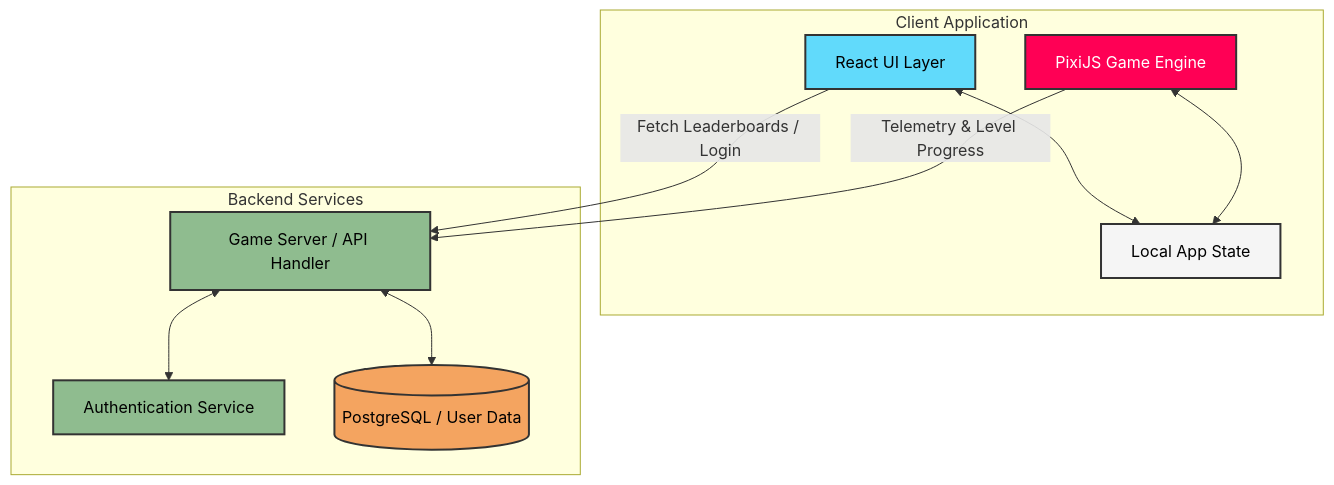
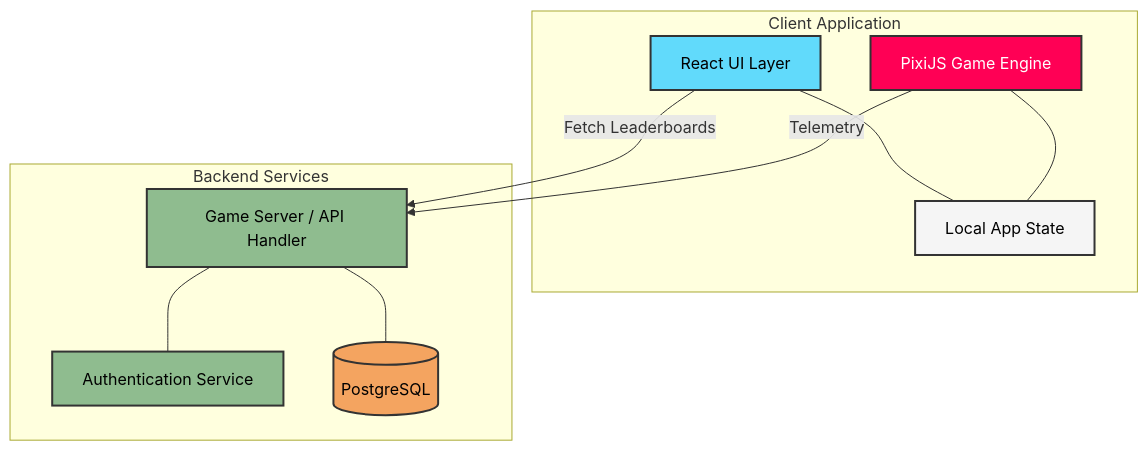
The diagram in README.md (Khubaib7-del/Echo-Drift), drawn with Mermaid before and after one commit.

Commit message:
Fix mermaid syntax rendering issue

````diff
--- a/README.md
+++ b/README.md
@@ -28,28 +28,28 @@
 ```mermaid
 graph TD
-    subgraph Client Application
-        UI[React UI Layer]:::react
-        Engine[PixiJS Game Engine]:::engine
-        State[Local App State]:::state
+    subgraph ClientApp ["Client Application"]
+        UI["React UI Layer"]:::react
+        Engine["PixiJS Game Engine"]:::engine
+        State["Local App State"]:::state
     end
 
-    subgraph Backend Services
-        API[Game Server / API Handler]:::backend
-        Auth[Authentication Service]:::backend
-        DB[(PostgreSQL / User Data)]:::database
+    subgraph Backend ["Backend Services"]
+        API["Game Server / API Handler"]:::backend
+        Auth["Authentication Service"]:::backend
+        DB[("PostgreSQL")]:::database
     end
 
-    UI <--> State
-    Engine <--> State
+    UI --- State
+    Engine --- State
     
-    UI -->|Fetch Leaderboards / Login| API
-    Engine -->|Telemetry & Level Progress| API
-    API <--> DB
-    API <--> Auth
+    UI -->|"Fetch Leaderboards"| API
+    Engine -->|"Telemetry"| API
+    API --- DB
+    API --- Auth
 
     classDef react fill:#61dafb,stroke:#333,stroke-width:2px,color:#000
     classDef engine fill:#ff0055,stroke:#333,stroke-width:2px,color:#fff
     classDef state fill:#f5f5f5,stroke:#333,stroke-width:2px,color:#000
     classDef backend fill:#8fbc8f,stroke:#333,stroke-width:2px,color:#000
     classDef database fill:#f4a460,stroke:#333,stroke-width:2px,color:#000
 ```
````
